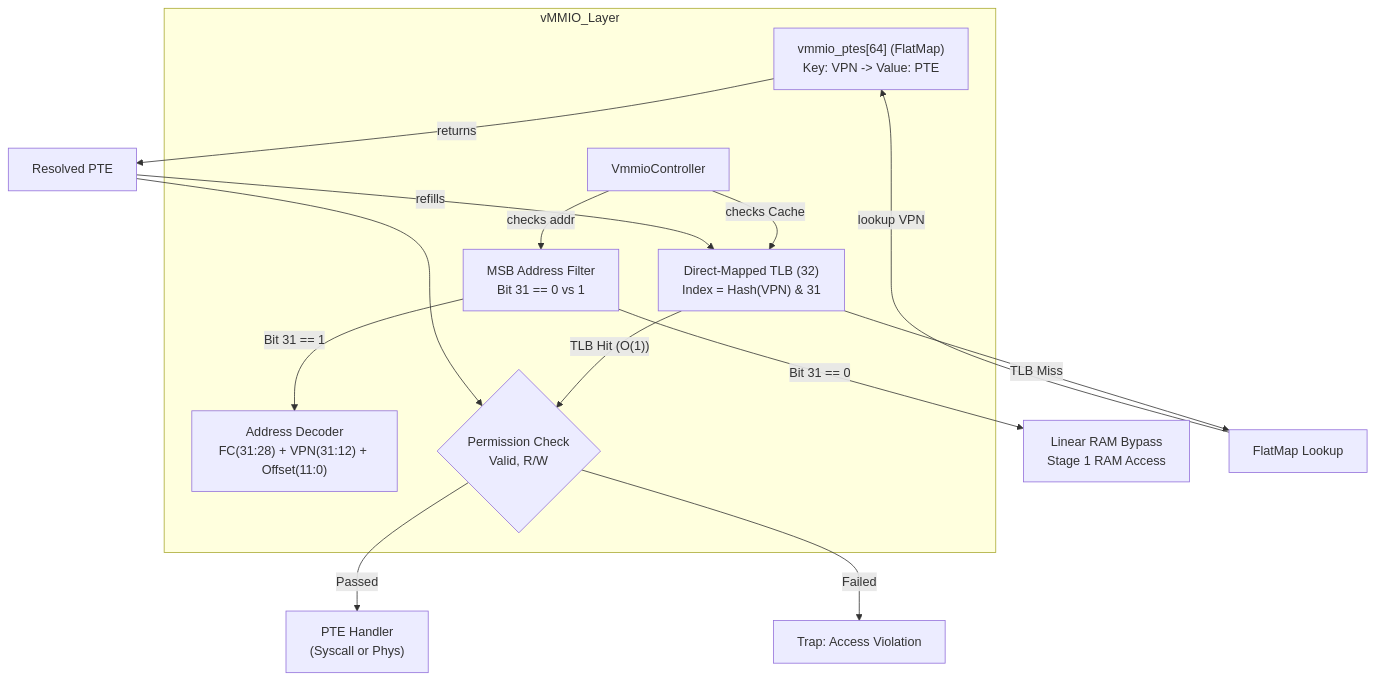
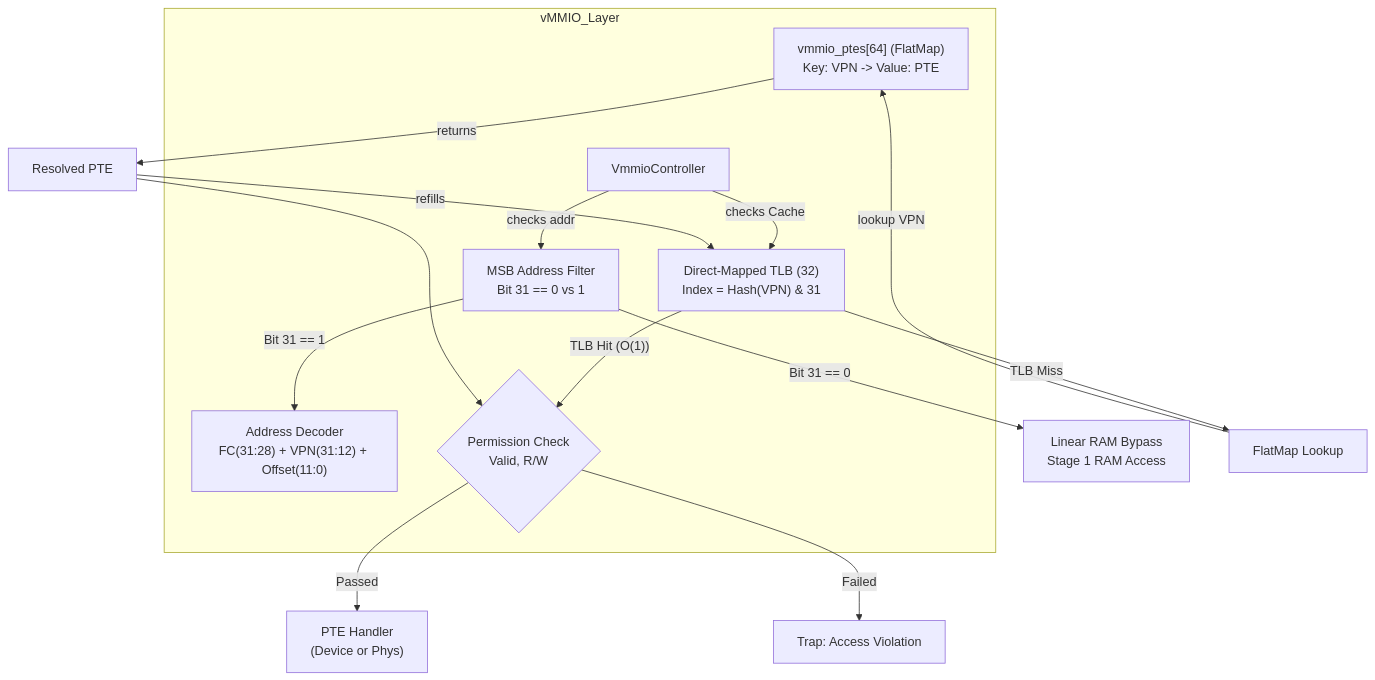
One commit to kmt-t/fireball changed the first of 6 diagrams in docs/components/tier2_runtime/runtime_vmmio.md. Above: the diagram before and after it, drawn with Mermaid. The commit also changed 7 other files, not shown here.

````diff
--- a/docs/components/tier2_runtime/runtime_vmmio.md
+++ b/docs/components/tier2_runtime/runtime_vmmio.md
@@ -62,24 +62,24 @@
 ```mermaid
 graph TD
     subgraph vMMIO_Layer
         Filter["MSB Address Filter<br/>Bit 31 == 0 vs 1"]
         Decoder["Address Decoder<br/>FC(31:28) + VPN(31:12) + Offset(11:0)"]
         FlatMap["vmmio_ptes[64] (FlatMap)<br/>Key: VPN -> Value: PTE"]
         TLB["Direct-Mapped TLB (32)<br/>Index = Hash(VPN) & 31"]
         Controller["VmmioController"]
         PermGate{"Permission Check<br/>Valid, R/W"}
     end
 
     Controller -- checks addr --> Filter
     Filter -- Bit 31 == 0 --> Bypass["Linear RAM Bypass<br/>Stage 1 RAM Access"]
     Filter -- Bit 31 == 1 --> Decoder
     Controller -- checks Cache --> TLB
     TLB -- TLB Hit (O(1)) --> PermGate
     TLB -- TLB Miss --> Walk[FlatMap Lookup]
     Walk -- lookup VPN --> FlatMap
     FlatMap -- returns --> WalkResult[Resolved PTE]
     WalkResult -- refills --> TLB
     WalkResult --> PermGate
-    PermGate -- "Passed" --> Handler["PTE Handler<br/>(Syscall or Phys)"]
+    PermGate -- "Passed" --> Handler["PTE Handler<br/>(Device or Phys)"]
     PermGate -- "Failed" --> Trap["Trap: Access Violation"]
 ```
````
